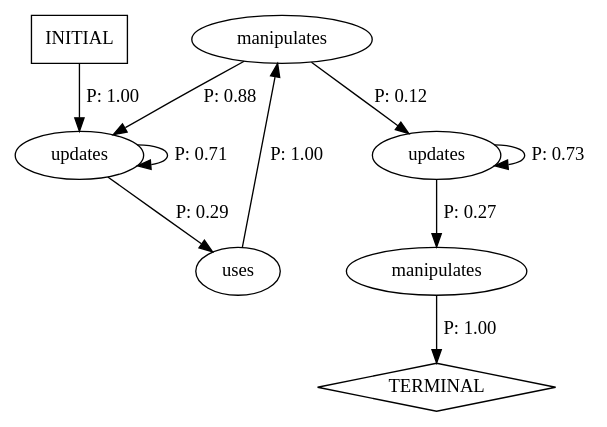
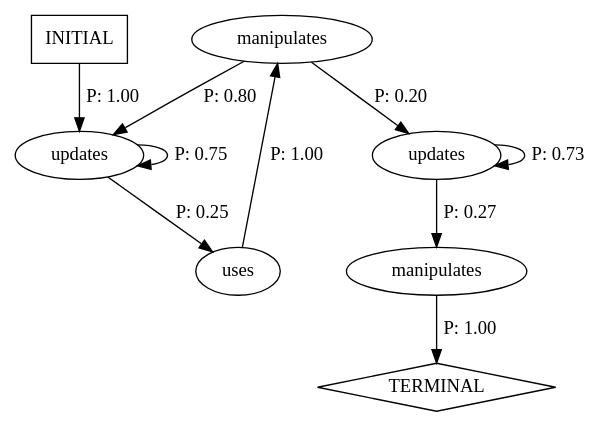
One commit to ZephyrusLiu/cs520 changed the diagram in tictactoe-v01/rowGameApp-arch.dot. Above: the diagram before and after it, drawn with Graphviz. The commit also changed 1 other file, not shown here.

```diff
--- a/tictactoe-v01/rowGameApp-arch.dot
+++ b/tictactoe-v01/rowGameApp-arch.dot
@@ -1,18 +1,18 @@
 digraph G {
   0 [label="manipulates"];
   1 [label="manipulates"];
   2 [label="updates"];
   3 [label="updates"];
   4 [label="uses"];
   5 [label="TERMINAL",shape=diamond];
   6 [label="INITIAL",shape=box];
 0->5 [label="P: 1.00"];
-1->2 [label="P: 0.12"];
-1->3 [label="P: 0.88"];
+1->2 [label="P: 0.20"];
+1->3 [label="P: 0.80"];
 2->0 [label="P: 0.27"];
 2->2 [label="P: 0.73"];
-3->3 [label="P: 0.71"];
-3->4 [label="P: 0.29"];
+3->3 [label="P: 0.75"];
+3->4 [label="P: 0.25"];
 4->1 [label="P: 1.00"];
 6->3 [label="P: 1.00"];
 }
```
